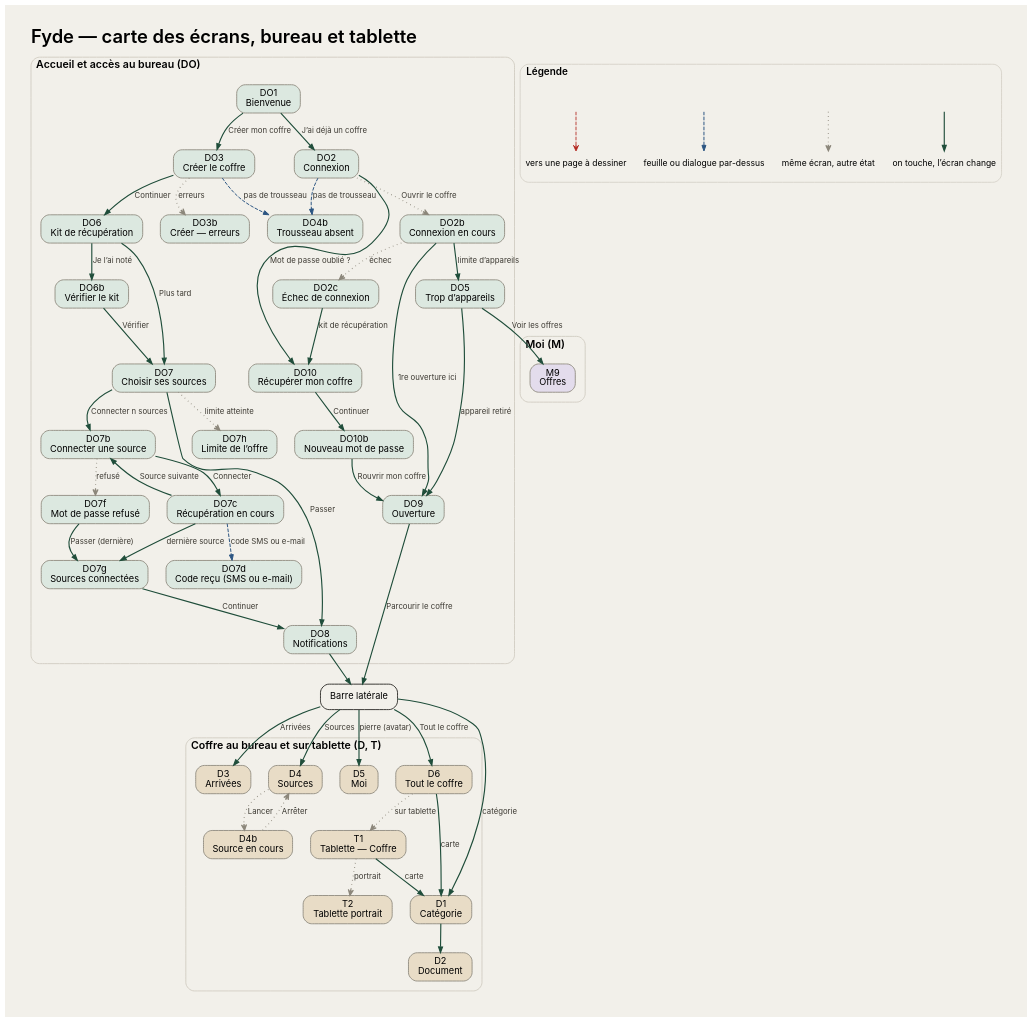
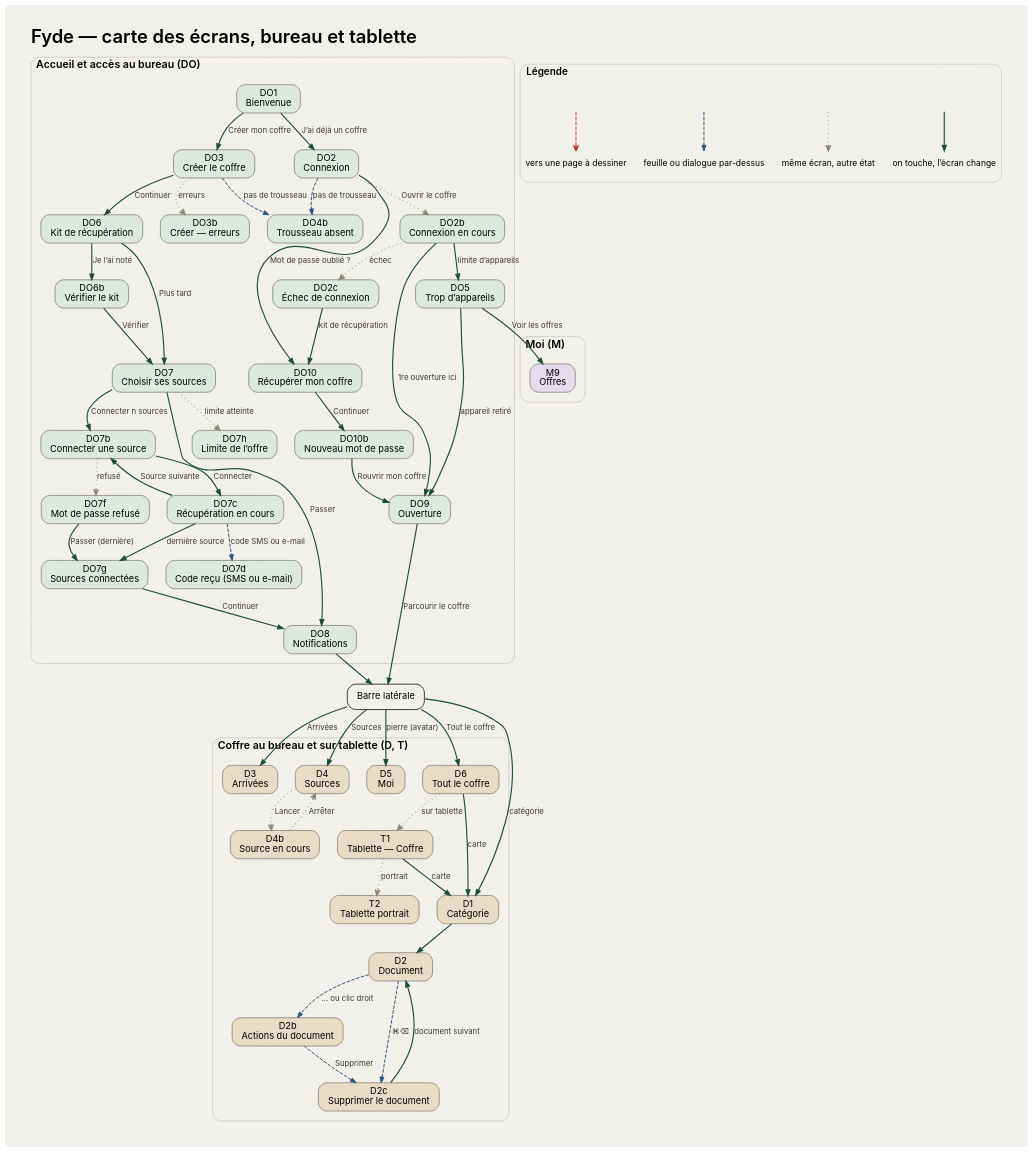
The diagram in design/assets/maps/carte-bureau.dot (fyde-lab/application), drawn with Graphviz before and after one commit. The commit also changed 16 other files, not shown here.

```diff
--- a/design/assets/maps/carte-bureau.dot
+++ b/design/assets/maps/carte-bureau.dot
@@ -1,94 +1,100 @@
 digraph "carte-bureau" {
 rankdir=TB; newrank=true; compound=true; nodesep=0.35; ranksep=0.55;
 label="Fyde — carte des écrans, bureau et tablette"; labelloc=t; labeljust=l; fontsize=26; fontname="Inter SemiBold"; pad=0.4; bgcolor="#F2F0EA";
 node [fontname="Inter" fontsize=13 margin="0.18,0.08" penwidth=1.2];
 edge [fontname="Inter" fontsize=11 fontcolor="#3d3a33" arrowsize=0.8];
 subgraph "cluster_moi" { label="Moi (M)"; fontname="Inter SemiBold"; fontsize=15; style="rounded"; color="#CFCAC0"; penwidth=1.2; margin=14;
   "M9" [label="M9\nOffres" shape=box style="rounded,filled" color="#8C877B" fillcolor="#E3DCEC"];
 }
 subgraph "cluster_donb" { label="Accueil et accès au bureau (DO)"; fontname="Inter SemiBold"; fontsize=15; style="rounded"; color="#CFCAC0"; penwidth=1.2; margin=14;
   "DO1" [label="DO1\nBienvenue" shape=box style="rounded,filled" color="#8C877B" fillcolor="#DCE8E0"];
   "DO2" [label="DO2\nConnexion" shape=box style="rounded,filled" color="#8C877B" fillcolor="#DCE8E0"];
   "DO2b" [label="DO2b\nConnexion en cours" shape=box style="rounded,filled" color="#8C877B" fillcolor="#DCE8E0"];
   "DO2c" [label="DO2c\nÉchec de connexion" shape=box style="rounded,filled" color="#8C877B" fillcolor="#DCE8E0"];
   "DO3" [label="DO3\nCréer le coffre" shape=box style="rounded,filled" color="#8C877B" fillcolor="#DCE8E0"];
   "DO3b" [label="DO3b\nCréer — erreurs" shape=box style="rounded,filled" color="#8C877B" fillcolor="#DCE8E0"];
   "DO4b" [label="DO4b\nTrousseau absent" shape=box style="rounded,filled" color="#8C877B" fillcolor="#DCE8E0"];
   "DO5" [label="DO5\nTrop d’appareils" shape=box style="rounded,filled" color="#8C877B" fillcolor="#DCE8E0"];
   "DO6" [label="DO6\nKit de récupération" shape=box style="rounded,filled" color="#8C877B" fillcolor="#DCE8E0"];
   "DO6b" [label="DO6b\nVérifier le kit" shape=box style="rounded,filled" color="#8C877B" fillcolor="#DCE8E0"];
   "DO7" [label="DO7\nChoisir ses sources" shape=box style="rounded,filled" color="#8C877B" fillcolor="#DCE8E0"];
   "DO7h" [label="DO7h\nLimite de l’offre" shape=box style="rounded,filled" color="#8C877B" fillcolor="#DCE8E0"];
   "DO7b" [label="DO7b\nConnecter une source" shape=box style="rounded,filled" color="#8C877B" fillcolor="#DCE8E0"];
   "DO7c" [label="DO7c\nRécupération en cours" shape=box style="rounded,filled" color="#8C877B" fillcolor="#DCE8E0"];
   "DO7d" [label="DO7d\nCode reçu (SMS ou e-mail)" shape=box style="rounded,filled" color="#8C877B" fillcolor="#DCE8E0"];
   "DO7f" [label="DO7f\nMot de passe refusé" shape=box style="rounded,filled" color="#8C877B" fillcolor="#DCE8E0"];
   "DO7g" [label="DO7g\nSources connectées" shape=box style="rounded,filled" color="#8C877B" fillcolor="#DCE8E0"];
   "DO8" [label="DO8\nNotifications" shape=box style="rounded,filled" color="#8C877B" fillcolor="#DCE8E0"];
   "DO9" [label="DO9\nOuverture" shape=box style="rounded,filled" color="#8C877B" fillcolor="#DCE8E0"];
   "DO10" [label="DO10\nRécupérer mon coffre" shape=box style="rounded,filled" color="#8C877B" fillcolor="#DCE8E0"];
   "DO10b" [label="DO10b\nNouveau mot de passe" shape=box style="rounded,filled" color="#8C877B" fillcolor="#DCE8E0"];
 }
 "SIDE" [label="Barre latérale" shape=box style="rounded,bold" color="#1C1B17" fillcolor="#FFFFFF"];
 subgraph "cluster_dapp" { label="Coffre au bureau et sur tablette (D, T)"; fontname="Inter SemiBold"; fontsize=15; style="rounded"; color="#CFCAC0"; penwidth=1.2; margin=14;
   "T1" [label="T1\nTablette — Coffre" shape=box style="rounded,filled" color="#8C877B" fillcolor="#E8DCC6"];
   "T2" [label="T2\nTablette portrait" shape=box style="rounded,filled" color="#8C877B" fillcolor="#E8DCC6"];
   "D1" [label="D1\nCatégorie" shape=box style="rounded,filled" color="#8C877B" fillcolor="#E8DCC6"];
   "D2" [label="D2\nDocument" shape=box style="rounded,filled" color="#8C877B" fillcolor="#E8DCC6"];
+  "D2b" [label="D2b\nActions du document" shape=box style="rounded,filled" color="#8C877B" fillcolor="#E8DCC6"];
+  "D2c" [label="D2c\nSupprimer le document" shape=box style="rounded,filled" color="#8C877B" fillcolor="#E8DCC6"];
   "D3" [label="D3\nArrivées" shape=box style="rounded,filled" color="#8C877B" fillcolor="#E8DCC6"];
   "D4" [label="D4\nSources" shape=box style="rounded,filled" color="#8C877B" fillcolor="#E8DCC6"];
   "D4b" [label="D4b\nSource en cours" shape=box style="rounded,filled" color="#8C877B" fillcolor="#E8DCC6"];
   "D5" [label="D5\nMoi" shape=box style="rounded,filled" color="#8C877B" fillcolor="#E8DCC6"];
   "D6" [label="D6\nTout le coffre" shape=box style="rounded,filled" color="#8C877B" fillcolor="#E8DCC6"];
 }
 "DO1" -> "DO2" [color="#1F4D3A" penwidth=1.6 label="J’ai déjà un coffre"];
 "DO1" -> "DO3" [color="#1F4D3A" penwidth=1.6 label="Créer mon coffre"];
 "DO2" -> "DO2b" [color="#8C877B" style=dotted penwidth=1.6 arrowhead=open label="Ouvrir le coffre"];
 "DO2b" -> "DO2c" [color="#8C877B" style=dotted penwidth=1.6 arrowhead=open label="échec"];
 "DO2" -> "DO4b" [color="#2C5582" style=dashed penwidth=1.4 label="pas de trousseau"];
 "DO2b" -> "DO5" [color="#1F4D3A" penwidth=1.6 label="limite d’appareils"];
 "DO2b" -> "DO9" [color="#1F4D3A" penwidth=1.6 label="1re ouverture ici"];
 "DO5" -> "DO9" [color="#1F4D3A" penwidth=1.6 label="appareil retiré"];
 "DO5" -> "M9" [color="#1F4D3A" penwidth=1.6 label="Voir les offres"];
 "DO2c" -> "DO10" [color="#1F4D3A" penwidth=1.6 label="kit de récupération"];
 "DO2" -> "DO10" [color="#1F4D3A" penwidth=1.6 label="Mot de passe oublié ?"];
 "DO10" -> "DO10b" [color="#1F4D3A" penwidth=1.6 label="Continuer"];
 "DO10b" -> "DO9" [color="#1F4D3A" penwidth=1.6 label="Rouvrir mon coffre"];
 "DO3" -> "DO3b" [color="#8C877B" style=dotted penwidth=1.6 arrowhead=open label="erreurs"];
 "DO3" -> "DO4b" [color="#2C5582" style=dashed penwidth=1.4 label="pas de trousseau"];
 "DO3" -> "DO6" [color="#1F4D3A" penwidth=1.6 label="Continuer"];
 "DO6" -> "DO6b" [color="#1F4D3A" penwidth=1.6 label="Je l’ai noté"];
 "DO6b" -> "DO7" [color="#1F4D3A" penwidth=1.6 label="Vérifier"];
 "DO6" -> "DO7" [color="#1F4D3A" penwidth=1.6 label="Plus tard"];
 "DO7" -> "DO7h" [color="#8C877B" style=dotted penwidth=1.6 arrowhead=open label="limite atteinte"];
 "DO7" -> "DO7b" [color="#1F4D3A" penwidth=1.6 label="Connecter n sources"];
 "DO7" -> "DO8" [color="#1F4D3A" penwidth=1.6 label="Passer"];
 "DO7b" -> "DO7c" [color="#1F4D3A" penwidth=1.6 label="Connecter"];
 "DO7b" -> "DO7f" [color="#8C877B" style=dotted penwidth=1.6 arrowhead=open label="refusé"];
 "DO7c" -> "DO7d" [color="#2C5582" style=dashed penwidth=1.4 label="code SMS ou e-mail"];
 "DO7c" -> "DO7b" [color="#1F4D3A" penwidth=1.6 label="Source suivante"];
 "DO7c" -> "DO7g" [color="#1F4D3A" penwidth=1.6 label="dernière source"];
 "DO7f" -> "DO7g" [color="#1F4D3A" penwidth=1.6 label="Passer (dernière)"];
 "DO7g" -> "DO8" [color="#1F4D3A" penwidth=1.6 label="Continuer"];
 "DO8" -> "SIDE" [color="#1F4D3A" penwidth=1.6];
 "DO9" -> "SIDE" [color="#1F4D3A" penwidth=1.6 label="Parcourir le coffre"];
 "SIDE" -> "D6" [color="#1F4D3A" penwidth=1.6 label="Tout le coffre"];
 "D6" -> "T1" [color="#8C877B" style=dotted penwidth=1.6 arrowhead=open label="sur tablette"];
 "T1" -> "T2" [color="#8C877B" style=dotted penwidth=1.6 arrowhead=open label="portrait"];
 "D6" -> "D1" [color="#1F4D3A" penwidth=1.6 label="carte"];
 "SIDE" -> "D1" [color="#1F4D3A" penwidth=1.6 label="catégorie"];
 "SIDE" -> "D3" [color="#1F4D3A" penwidth=1.6 label="Arrivées"];
 "SIDE" -> "D4" [color="#1F4D3A" penwidth=1.6 label="Sources"];
 "D4" -> "D4b" [color="#8C877B" style=dotted penwidth=1.6 arrowhead=open label="Lancer"];
 "D4b" -> "D4" [color="#8C877B" style=dotted penwidth=1.6 arrowhead=open label="Arrêter"];
 "SIDE" -> "D5" [color="#1F4D3A" penwidth=1.6 label="pierre (avatar)"];
 "D1" -> "D2" [color="#1F4D3A" penwidth=1.6];
+"D2" -> "D2b" [color="#2C5582" style=dashed penwidth=1.4 label="… ou clic droit"];
+"D2b" -> "D2c" [color="#2C5582" style=dashed penwidth=1.4 label="Supprimer"];
+"D2" -> "D2c" [color="#2C5582" style=dashed penwidth=1.4 label="⌘⌫"];
+"D2c" -> "D2" [color="#1F4D3A" penwidth=1.6 label="document suivant"];
 "T1" -> "D1" [color="#1F4D3A" penwidth=1.6 label="carte"];
 subgraph cluster_legend { label="Légende"; fontname="Inter SemiBold"; fontsize=14; style=rounded; color="#CFCAC0";
   node [shape=plaintext fontsize=12 margin=0];
   la [label=""]; lb [label="on touche, l’écran change"]; lc [label=""]; ld [label="même écran, autre état"];
   le [label=""]; lf [label="feuille ou dialogue par-dessus"]; lg [label=""]; lh [label="vers une page à dessiner"];
   la -> lb [color="#1F4D3A" penwidth=1.6]; lc -> ld [color="#8C877B" style=dotted penwidth=1.6 arrowhead=open];
   le -> lf [color="#2C5582" style=dashed penwidth=1.4]; lg -> lh [color="#B3261E" style=dashed penwidth=1.2 arrowhead=open];
 }
 }
```
